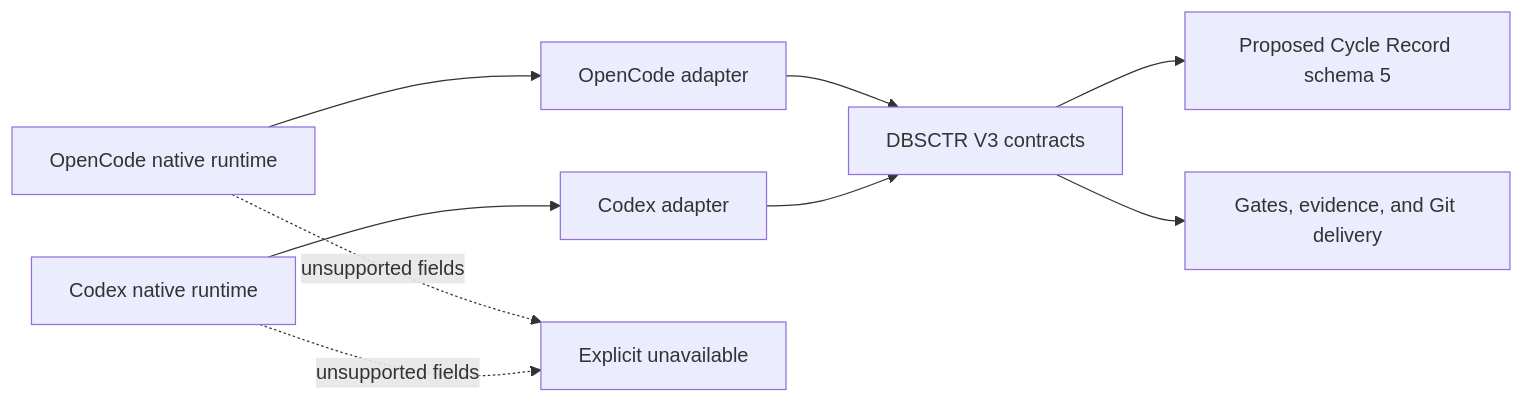
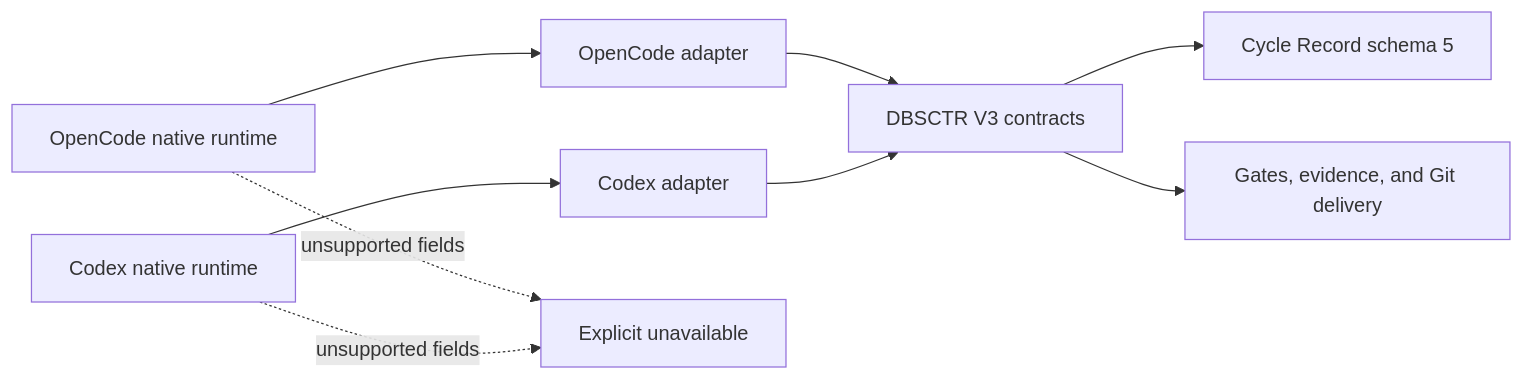
The first of 5 diagrams in docs/specs/dbsctr_v3_lifecycle/features/harness-adapters.md (Saltiola7/dotfiles-ai), drawn with Mermaid before and after one commit. The commit also changed other lines of this file and 7 other files, not shown here.

````diff
--- a/docs/specs/dbsctr_v3_lifecycle/features/harness-adapters.md
+++ b/docs/specs/dbsctr_v3_lifecycle/features/harness-adapters.md
@@ -50,13 +50,13 @@
 ```mermaid
 flowchart LR
     accTitle: Shared lifecycle and harness boundary
     accDescr: OpenCode and Codex own native sessions, agents, approvals, history, and adapter implementations. Both adapters invoke the same DBSCTR helper, Cycle Records, gates, evidence, and Git delivery. Unsupported native fields remain explicitly unavailable.
     O[OpenCode native runtime] --> OA[OpenCode adapter]
     C[Codex native runtime] --> CA[Codex adapter]
     OA --> D[DBSCTR V3 contracts]
     CA --> D
-    D --> R[Proposed Cycle Record schema 5]
+    D --> R[Cycle Record schema 5]
     D --> G[Gates, evidence, and Git delivery]
     O -. unsupported fields .-> U[Explicit unavailable]
     C -. unsupported fields .-> U
 ```
````
